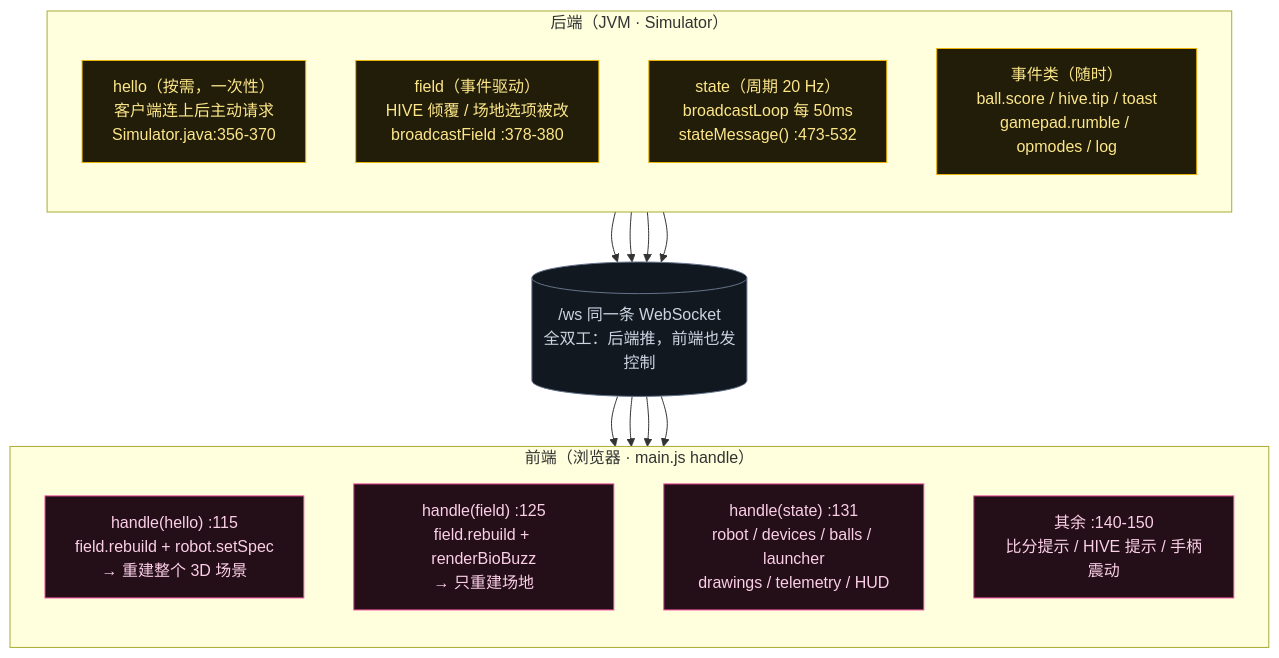
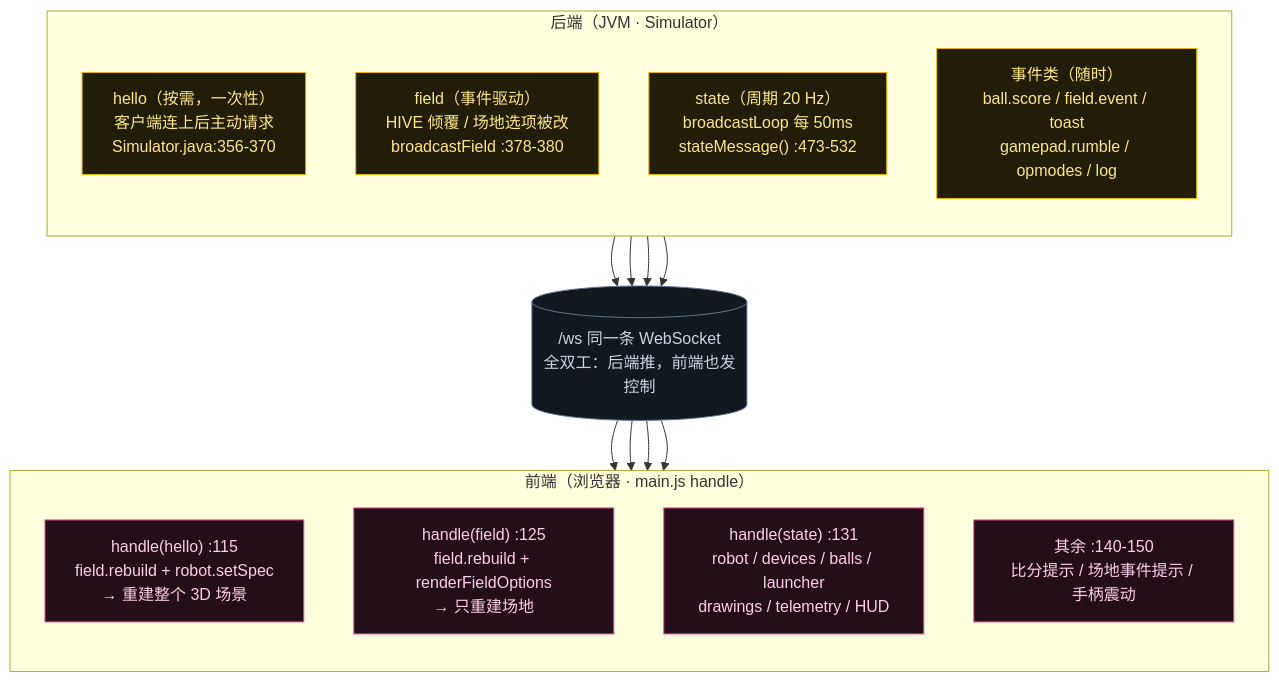
The first of 4 diagrams in docs/architecture/02-websocket-drive.md (seezhou/FTCSim), drawn with Mermaid before and after one commit. The commit also changed other lines of this file and 26 other files, not shown here.

````diff
--- a/docs/architecture/02-websocket-drive.md
+++ b/docs/architecture/02-websocket-drive.md
@@ -20,32 +20,32 @@
 ```mermaid
 flowchart TB
   subgraph BACK["后端（JVM · Simulator）"]
     direction TB
     H["hello（按需，一次性）<br/>客户端连上后主动请求<br/>Simulator.java:356-370"]
     F["field（事件驱动）<br/>HIVE 倾覆 / 场地选项被改<br/>broadcastField :378-380"]
     S["state（周期 20 Hz）<br/>broadcastLoop 每 50ms<br/>stateMessage() :473-532"]
-    E["事件类（随时）<br/>ball.score / hive.tip / toast<br/>gamepad.rumble / opmodes / log"]
+    E["事件类（随时）<br/>ball.score / field.event / toast<br/>gamepad.rumble / opmodes / log"]
   end
 
   W[("/ws 同一条 WebSocket<br/>全双工：后端推，前端也发控制")]
 
   subgraph FRONT["前端（浏览器 · main.js handle）"]
     direction TB
     H2["handle(hello) :115<br/>field.rebuild + robot.setSpec<br/>→ 重建整个 3D 场景"]
-    F2["handle(field) :125<br/>field.rebuild + renderBioBuzz<br/>→ 只重建场地"]
+    F2["handle(field) :125<br/>field.rebuild + renderFieldOptions<br/>→ 只重建场地"]
     S2["handle(state) :131<br/>robot / devices / balls / launcher<br/>drawings / telemetry / HUD"]
-    E2["其余 :140-150<br/>比分提示 / HIVE 提示 / 手柄震动"]
+    E2["其余 :140-150<br/>比分提示 / 场地事件提示 / 手柄震动"]
   end
 
   H --> W --> H2
   F --> W --> F2
   S --> W --> S2
   E --> W --> E2
 
   classDef sim fill:#211d08,stroke:#eab308,color:#fde68a
   classDef wire fill:#121820,stroke:#64748b,color:#cbd5e1
   classDef web fill:#240e18,stroke:#ec4899,color:#fbcfe8
   class H,F,S,E sim
   class W wire
   class H2,F2,S2,E2 web
 ```
````
